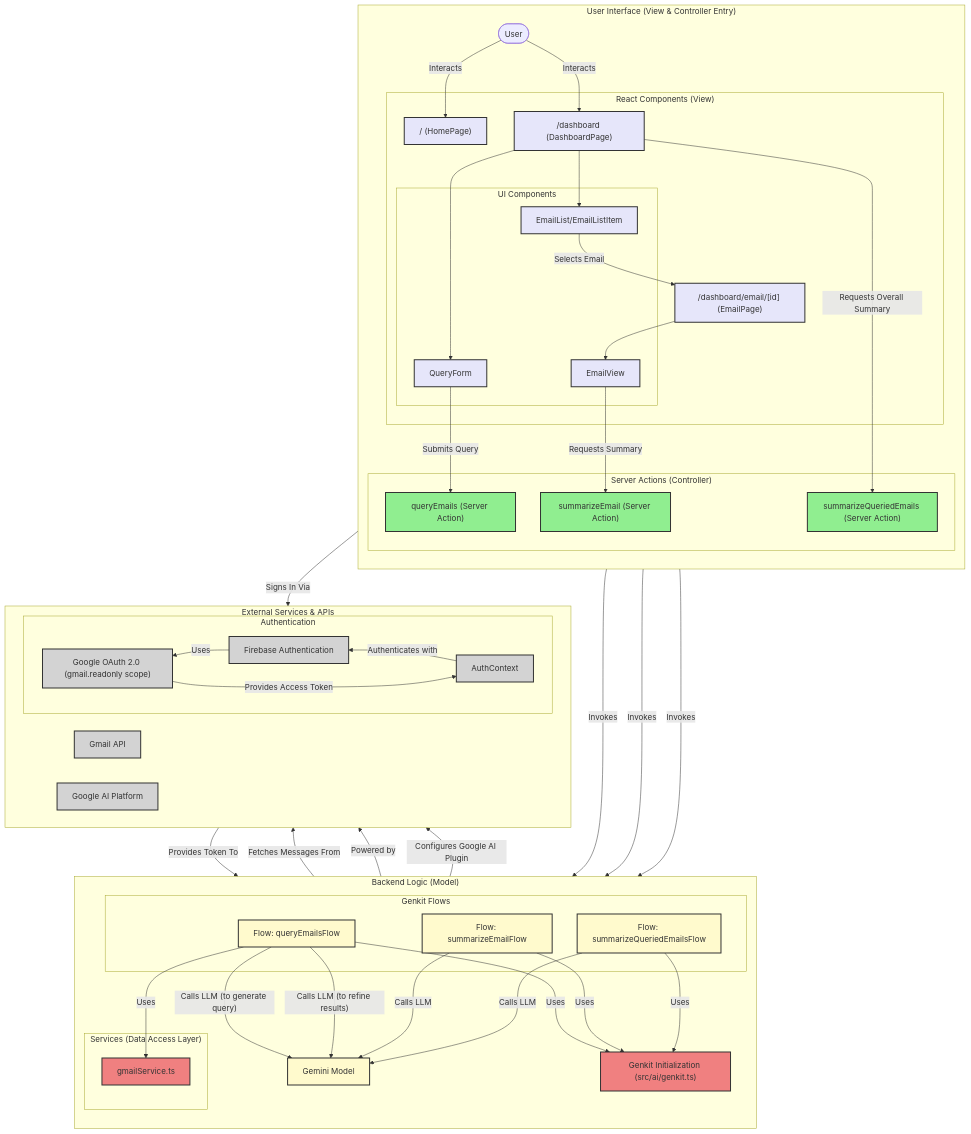
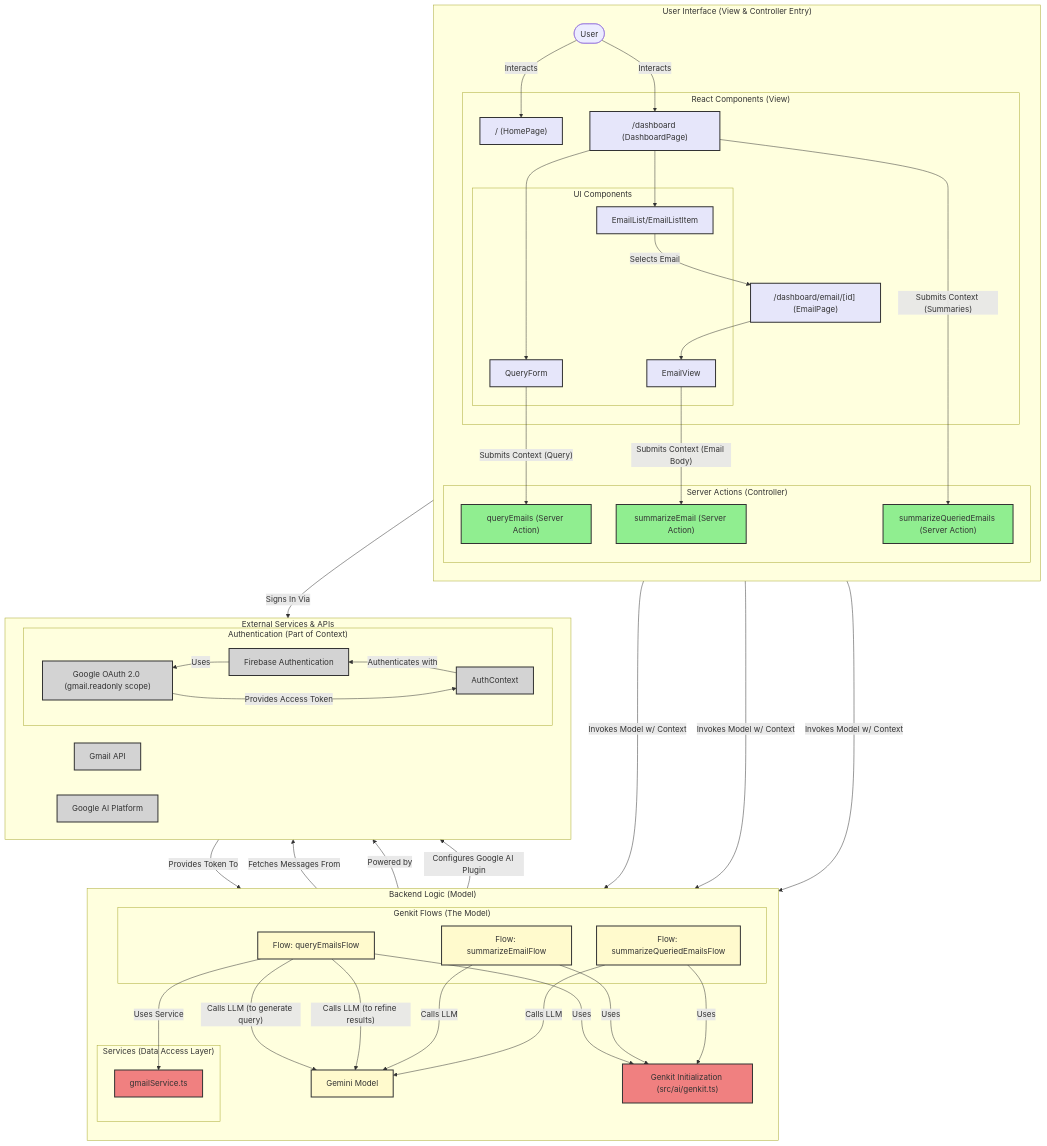
The diagram in ARCHITECTURE.md (siivalivi/mailsage-app), drawn with Mermaid before and after one commit. The commit also changed other lines of this file, not shown here.

Commit message:
MCP is Model Context Protocol, that that purpose we just refactored our

```diff
--- a/ARCHITECTURE.md
+++ b/ARCHITECTURE.md
@@ -52,15 +58,15 @@
         EmailPage --> EmailView
         
         %% UI to Controller communication
-        QueryForm -- "Submits Query" --> SA_queryEmails
-        EmailView -- "Requests Summary" --> SA_summarizeEmail
-        DashboardPage -- "Requests Overall Summary" --> SA_summarizeQueriedEmails
+        QueryForm -- "Submits Context (Query)" --> SA_queryEmails
+        EmailView -- "Submits Context (Email Body)" --> SA_summarizeEmail
+        DashboardPage -- "Submits Context (Summaries)" --> SA_summarizeQueriedEmails
     end
 
     subgraph "Backend Logic (Model)"
         direction TB
         
-        subgraph "Genkit Flows"
+        subgraph "Genkit Flows (The Model)"
             F_queryEmails["Flow: queryEmailsFlow"]
             F_summarizeEmail["Flow: summarizeEmailFlow"]
             F_summarizeQueriedEmails["Flow: summarizeQueriedEmailsFlow"]
@@ -73,13 +79,13 @@
         GenkitInit["Genkit Initialization (src/ai/genkit.ts)"]
         
         %% Controller to Model communication
-        SA_queryEmails -- "Invokes" --> F_queryEmails
-        SA_summarizeEmail -- "Invokes" --> F_summarizeEmail
-        SA_summarizeQueriedEmails -- "Invokes" --> F_summarizeQueriedEmails
+        SA_queryEmails -- "Invokes Model w/ Context" --> F_queryEmails
+        SA_summarizeEmail -- "Invokes Model w/ Context" --> F_summarizeEmail
+        SA_summarizeQueriedEmails -- "Invokes Model w/ Context" --> F_summarizeQueriedEmails
         
         %% Model internal communication
         F_queryEmails -- "Calls LLM (to generate query)" --> M_Gemini["Gemini Model"]
-        F_queryEmails -- "Uses" --> S_GmailService
+        F_queryEmails -- "Uses Service" --> S_GmailService
         F_queryEmails -- "Calls LLM (to refine results)" --> M_Gemini
         F_summarizeEmail -- "Calls LLM" --> M_Gemini
         F_summarizeQueriedEmails -- "Calls LLM" --> M_Gemini
@@ -92,7 +98,7 @@
     subgraph "External Services & APIs"
         direction RL
         
-        subgraph "Authentication"
+        subgraph "Authentication (Part of Context)"
             AuthContext["AuthContext"]
             FirebaseAuth["Firebase Authentication"]
             GoogleOAuth["Google OAuth 2.0 (gmail.readonly scope)"]
```
